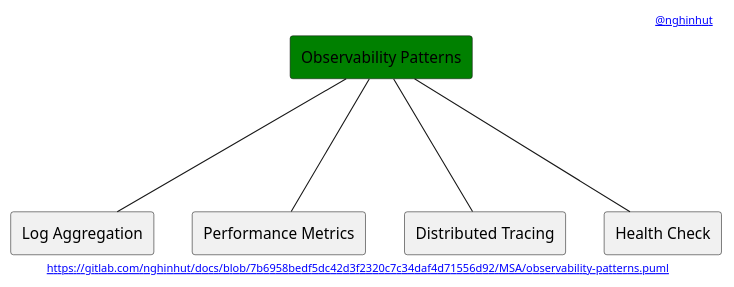
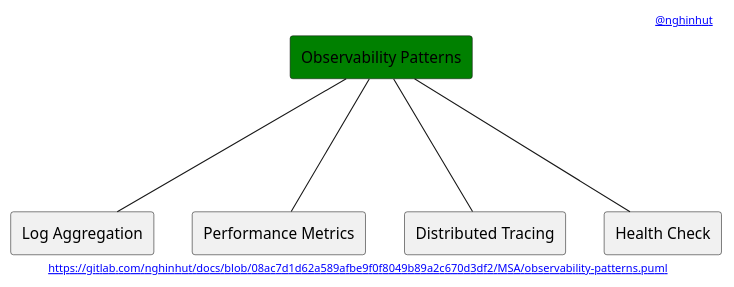
The diagram in MSA/observability-patterns.puml (nghinhut/docs), drawn with PlantUML before and after one commit. The commit also changed 23 other files, not shown here.

Commit message:
fix(Diagram links): Update diagram links

```diff
--- a/MSA/observability-patterns.puml
+++ b/MSA/observability-patterns.puml
@@ -1,18 +1,18 @@
 @startuml
 '-----START auto generated metadata please keep comment here to allow auto update-----
 '-----DON'T EDIT THIS SECTION, INSTEAD RE-RUN prebuild.sh TO UPDATE-----
-header [[https://www.nghinhut.dev?from=http%5C%3A%5C%2F%5C%2Fwww%5C.plantuml%5C.com%5C%2Fplantuml%5C%2Fproxy%3Ffmt%3Dsvg%5C%26src%3Dhttps%5C%3A%5C%2F%5C%2Fgitlab%5C.com%5C%2Fnghinhut%5C%2Fdocs%5C%2Fraw%5C%2F7b6958bedf5dc42d3f2320c7c34daf4d71556d92%5C%2FMSA%5C%2Fobservability-patterns%5C.puml%0A @nghinhut]]
-footer [[http://www.plantuml.com/plantuml/proxy?fmt=svg&src=https://gitlab.com/nghinhut/docs/raw/7b6958bedf5dc42d3f2320c7c34daf4d71556d92/MSA/observability-patterns.puml https://gitlab.com/nghinhut/docs/blob/7b6958bedf5dc42d3f2320c7c34daf4d71556d92/MSA/observability-patterns.puml]]
+header [[https://www.nghinhut.dev?from=http%5C%3A%5C%2F%5C%2Fwww%5C.plantuml%5C.com%5C%2Fplantuml%5C%2Fproxy%3Ffmt%3Dsvg%5C%26src%3Dhttps%5C%3A%5C%2F%5C%2Fgitlab%5C.com%5C%2Fnghinhut%5C%2Fdocs%5C%2Fraw%5C%2F08ac7d1d62a589afbe9f0f8049b89a2c670d3df2%5C%2FMSA%5C%2Fobservability-patterns%5C.puml%0A @nghinhut]]
+footer [[http://www.plantuml.com/plantuml/proxy?fmt=svg&src=https://gitlab.com/nghinhut/docs/raw/08ac7d1d62a589afbe9f0f8049b89a2c670d3df2/MSA/observability-patterns.puml https://gitlab.com/nghinhut/docs/blob/08ac7d1d62a589afbe9f0f8049b89a2c670d3df2/MSA/observability-patterns.puml]]
 '-----END auto generated metadata please keep comment here to allow auto update-----
 
 rectangle "Observability Patterns" as Observability #green
 
 rectangle "Log Aggregation" as ObservabilityP1
 rectangle "Performance Metrics" as ObservabilityP2
 rectangle "Distributed Tracing" as ObservabilityP3
 rectangle "Health Check" as ObservabilityP4
 Observability --- ObservabilityP1
 Observability --- ObservabilityP2
 Observability --- ObservabilityP3
 Observability --- ObservabilityP4
 @enduml
```
